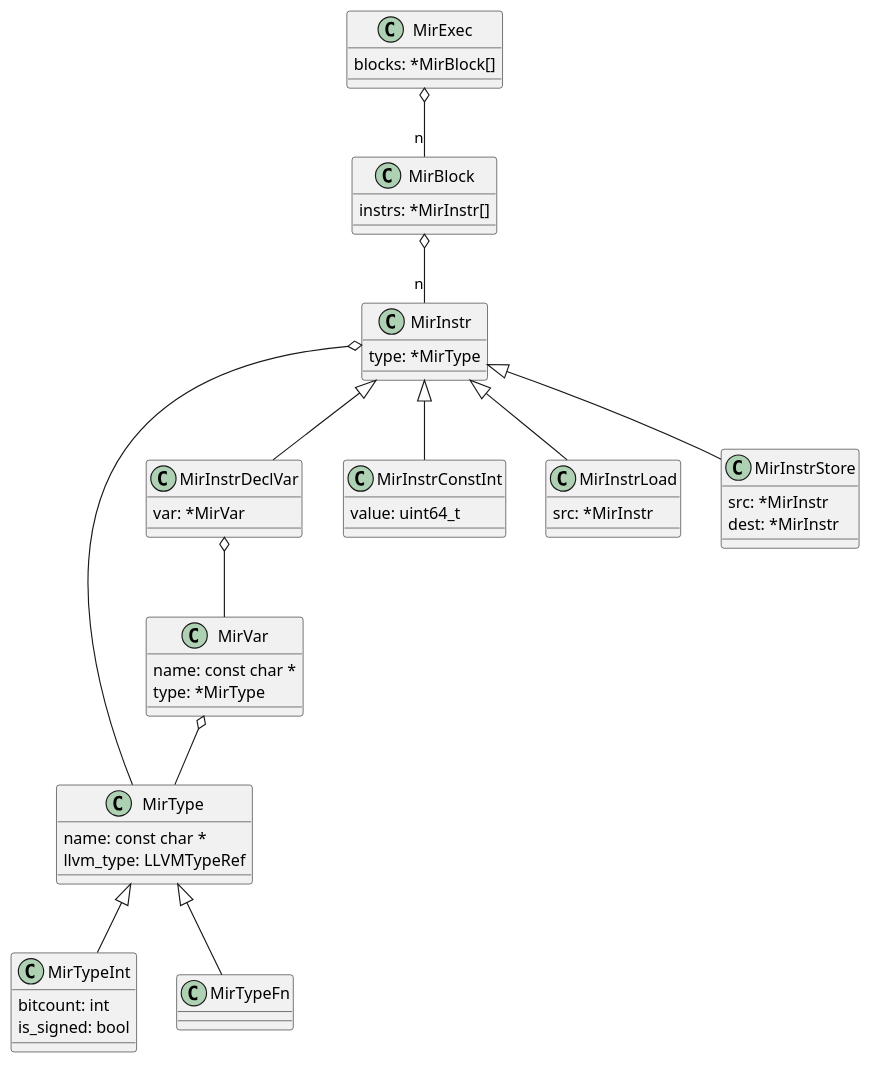
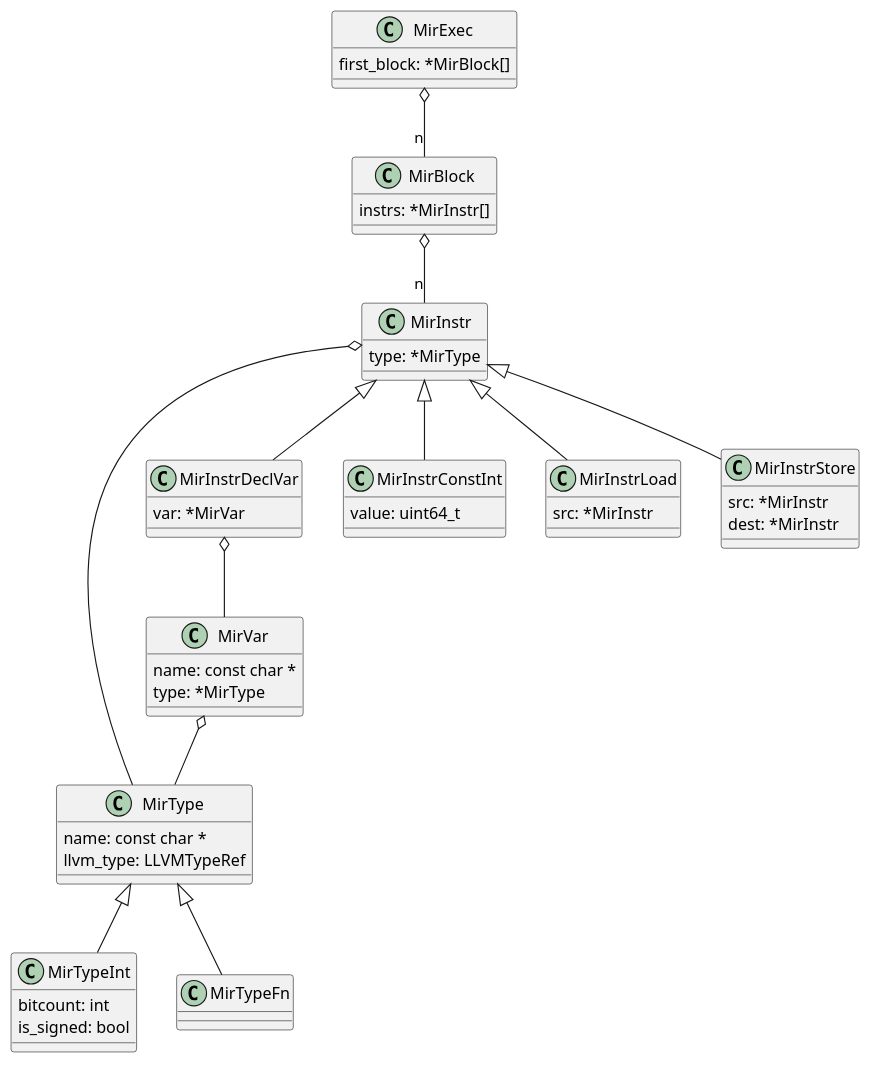
One commit to travisdoor/bl changed the diagram in doc/mir.puml. Above: the diagram before and after it, drawn with PlantUML. The commit also changed 4 other files, not shown here.

```diff
--- a/doc/mir.puml
+++ b/doc/mir.puml
@@ -1,66 +1,66 @@
 @startuml
 
 class MirVar {
   name: const char *
   type: *MirType
 }
 
 class MirExec {
-  blocks: *MirBlock[]
+  first_block: *MirBlock[]
 }
 
 class MirBlock {
   instrs: *MirInstr[]
 }
 
 class MirType {
   name: const char *
   llvm_type: LLVMTypeRef 
 }
 
 class MirTypeInt {
   bitcount: int
   is_signed: bool
 }
 
 class MirTypeFn {
 }
 
 class MirInstr {
   type: *MirType
 }
 
 class MirInstrDeclVar {
   var: *MirVar
 }
 
 class MirInstrConstInt {
   value: uint64_t
 }
 
 class MirInstrLoad {
   src: *MirInstr
 }
 
 class MirInstrStore {
   src: *MirInstr
   dest: *MirInstr
 }
 
 MirType <|-- MirTypeInt
 MirType <|-- MirTypeFn
 
 MirInstr <|-- MirInstrDeclVar
 MirInstr <|-- MirInstrLoad
 MirInstr <|-- MirInstrStore
 MirInstr <|-- MirInstrConstInt
 
 MirExec o-- "n" MirBlock
 
 MirBlock o-- "n" MirInstr
 
 MirInstr o-- MirType
 MirInstrDeclVar o-- MirVar
 MirVar o-- MirType
 
 @enduml
```
